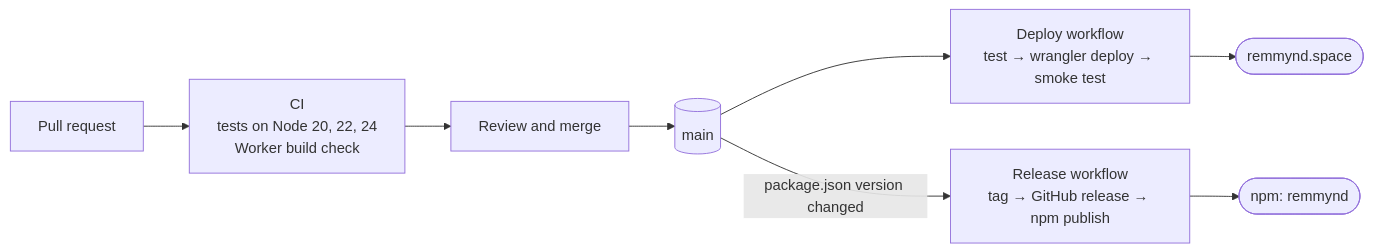
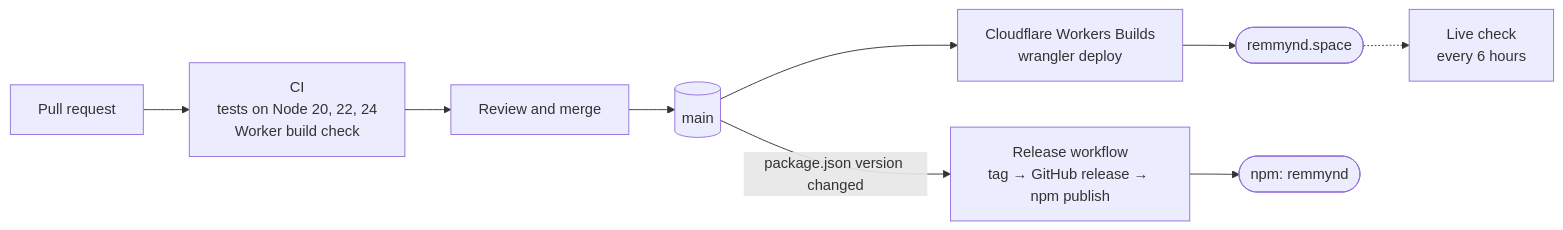
One commit to Remmynd/remmynd changed the third of 3 diagrams in docs/ARCHITECTURE.md. Above: the diagram before and after it, drawn with Mermaid. The commit also changed 5 other files, not shown here.

First line of the commit message:
Deploy through Cloudflare Workers Builds and add a scheduled live check

````diff
--- a/docs/ARCHITECTURE.md
+++ b/docs/ARCHITECTURE.md
@@ -93,10 +93,11 @@
 ```mermaid
 flowchart LR
     PR[Pull request] --> CI["CI<br/>tests on Node 20, 22, 24<br/>Worker build check"]
     CI --> RV[Review and merge]
     RV --> MAIN[(main)]
-    MAIN --> DEP["Deploy workflow<br/>test → wrangler deploy → smoke test"]
+    MAIN --> DEP["Cloudflare Workers Builds<br/>wrangler deploy"]
     DEP --> LIVE([remmynd.space])
+    LIVE -.-> CHK["Live check<br/>every 6 hours"]
     MAIN -- "package.json version changed" --> REL["Release workflow<br/>tag → GitHub release → npm publish"]
     REL --> NPM([npm: remmynd])
 ```
````
